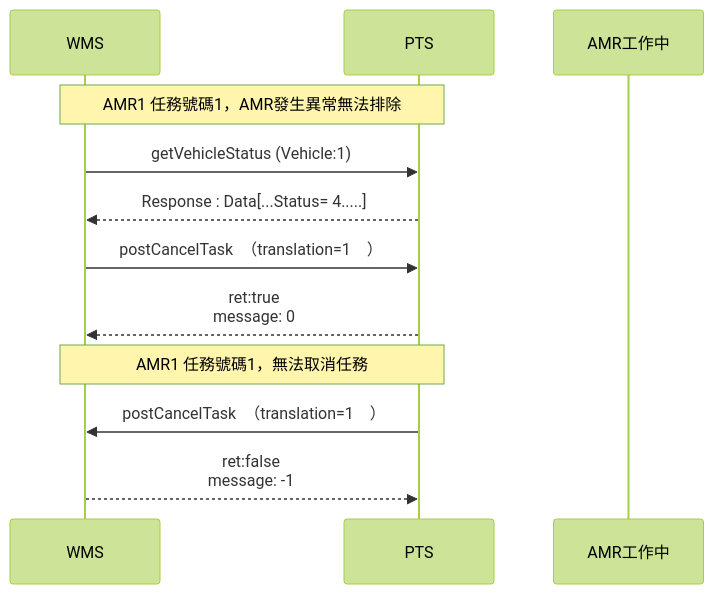
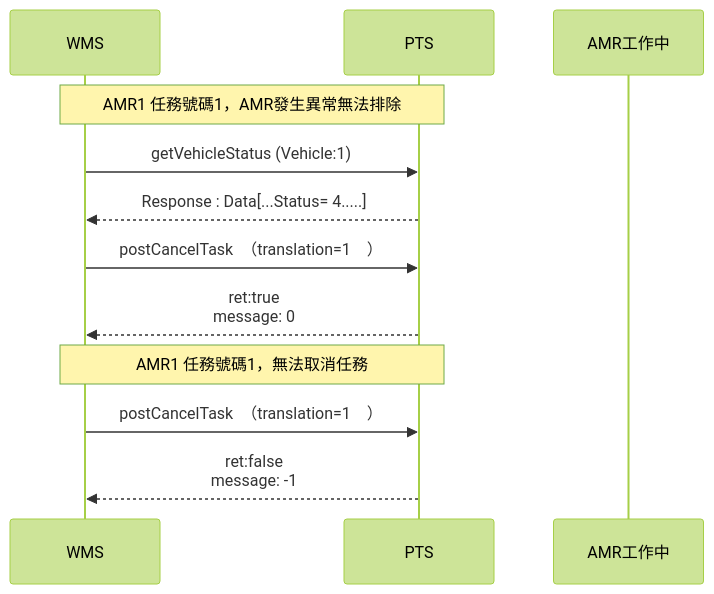
One commit to athena-tircgo/amr-wms-lsj changed the eighth of 10 diagrams in README.md. Above: the diagram before and after it, drawn with Mermaid (forest theme).

````diff
--- a/README.md
+++ b/README.md
@@ -429,19 +429,19 @@
 ```mermaid
 sequenceDiagram
     participant WMS
     participant PTS
     participant AMR工作中
     
 
 
 note over PTS,WMS: AMR1 任務號碼1，AMR發生異常無法排除
 　　　WMS->>PTS:getVehicleStatus (Vehicle:1)
      PTS-->>WMS : Response : Data[...Status= 4.....]
 
      WMS->>PTS: postCancelTask　（translation=1　）
      PTS-->>WMS : ret:true  <br> message: 0
 
 note over PTS,WMS: AMR1 任務號碼1，無法取消任務
-　　　PTS->>WMS: postCancelTask　（translation=1　）
-     WMS-->>PTS: ret:false  <br> message: -1
+     WMS->>PTS: postCancelTask　（translation=1　）
+     PTS-->>WMS : ret:false  <br> message: -1
 ```
````
